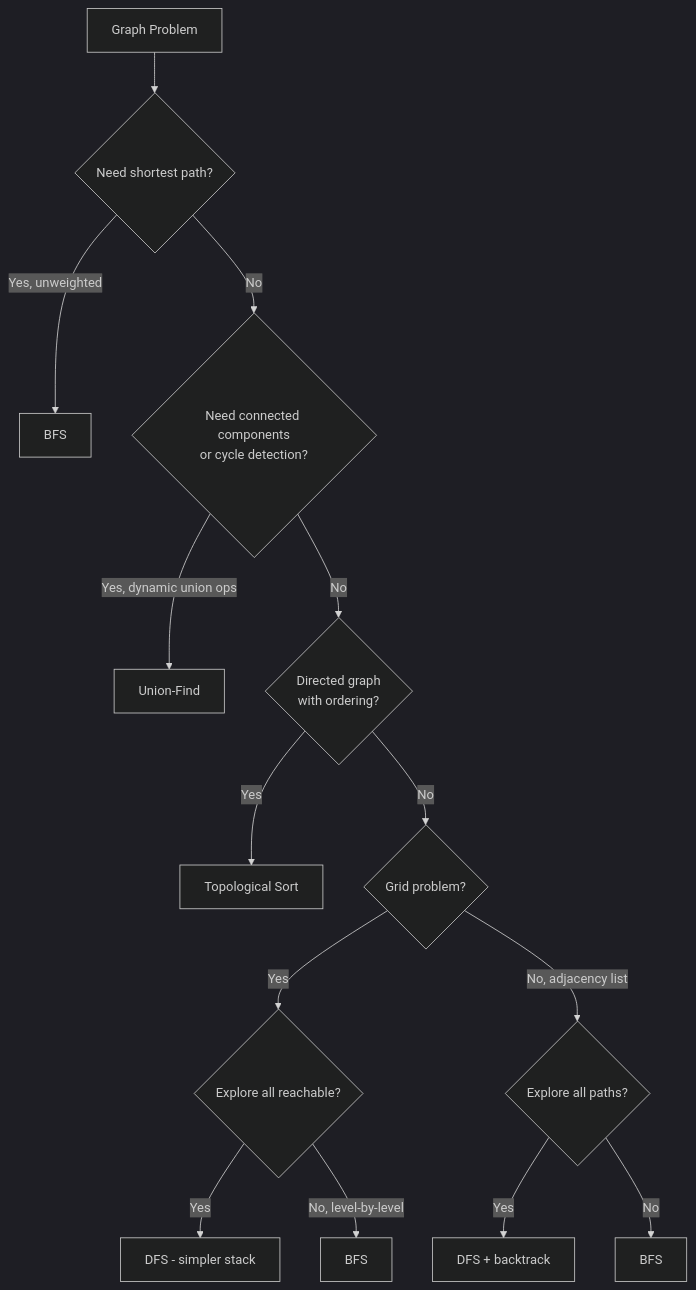
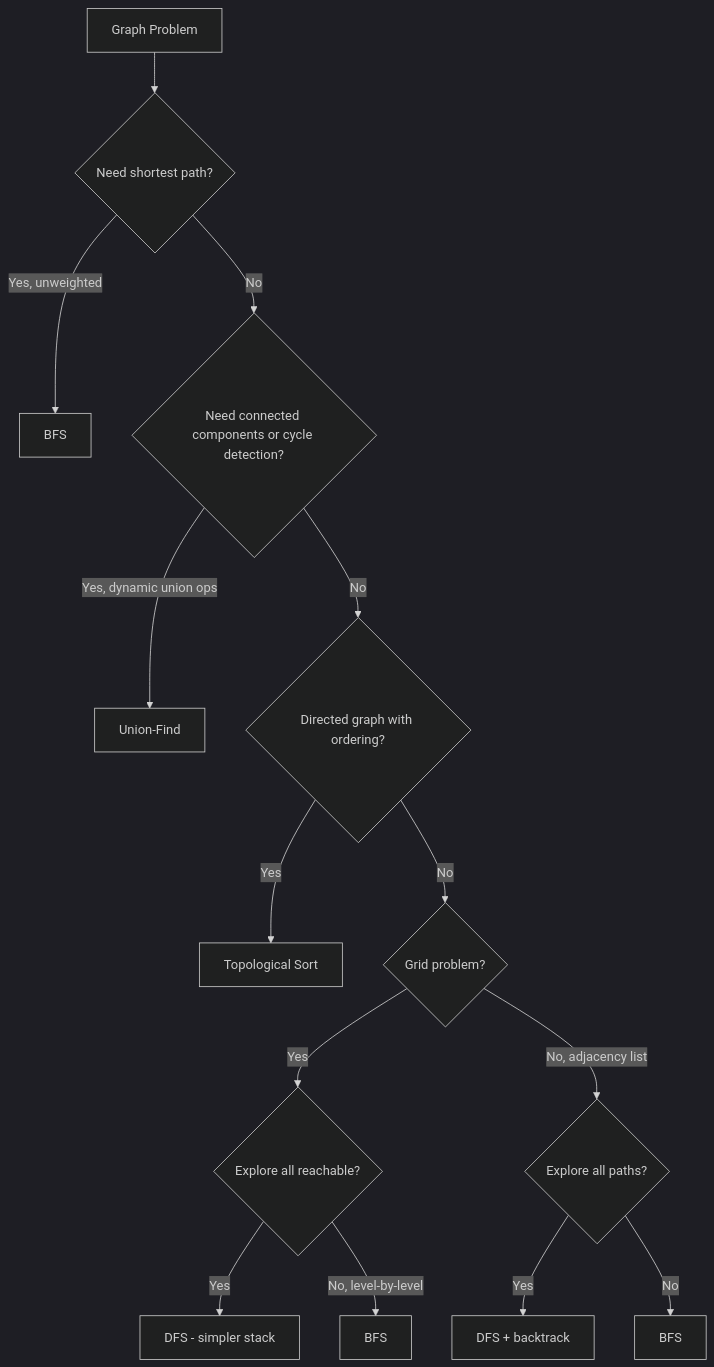
One commit to deepanshu-rawat6/AlgoAtlas changed the second of 6 diagrams in graphs/README.md. Above: the diagram before and after it, drawn with Mermaid (dark theme). The commit also changed other lines of this file and 43 other files, not shown here.

````diff
--- a/graphs/README.md
+++ b/graphs/README.md
@@ -84,16 +84,16 @@
 ```mermaid
 flowchart TD
-    A[Graph Problem] --> B{Need shortest path?}
+    A[Graph Problem] --> B{"Need shortest path?"}
     B -->|Yes, unweighted| C[BFS]
-    B -->|No| D{Need connected components<br>or cycle detection?}
+    B -->|No| D{"Need connected components or cycle detection?"}
     D -->|Yes, dynamic union ops| E[Union-Find]
-    D -->|No| F{Directed graph<br>with ordering?}
+    D -->|No| F{"Directed graph with ordering?"}
     F -->|Yes| G[Topological Sort]
-    F -->|No| H{Grid problem?}
-    H -->|Yes| I{Explore all reachable?}
+    F -->|No| H{"Grid problem?"}
+    H -->|Yes| I{"Explore all reachable?"}
     I -->|Yes| J[DFS - simpler stack]
     I -->|No, level-by-level| K[BFS]
-    H -->|No, adjacency list| L{Explore all paths?}
+    H -->|No, adjacency list| L{"Explore all paths?"}
     L -->|Yes| M[DFS + backtrack]
     L -->|No| N[BFS]
 ```
````
